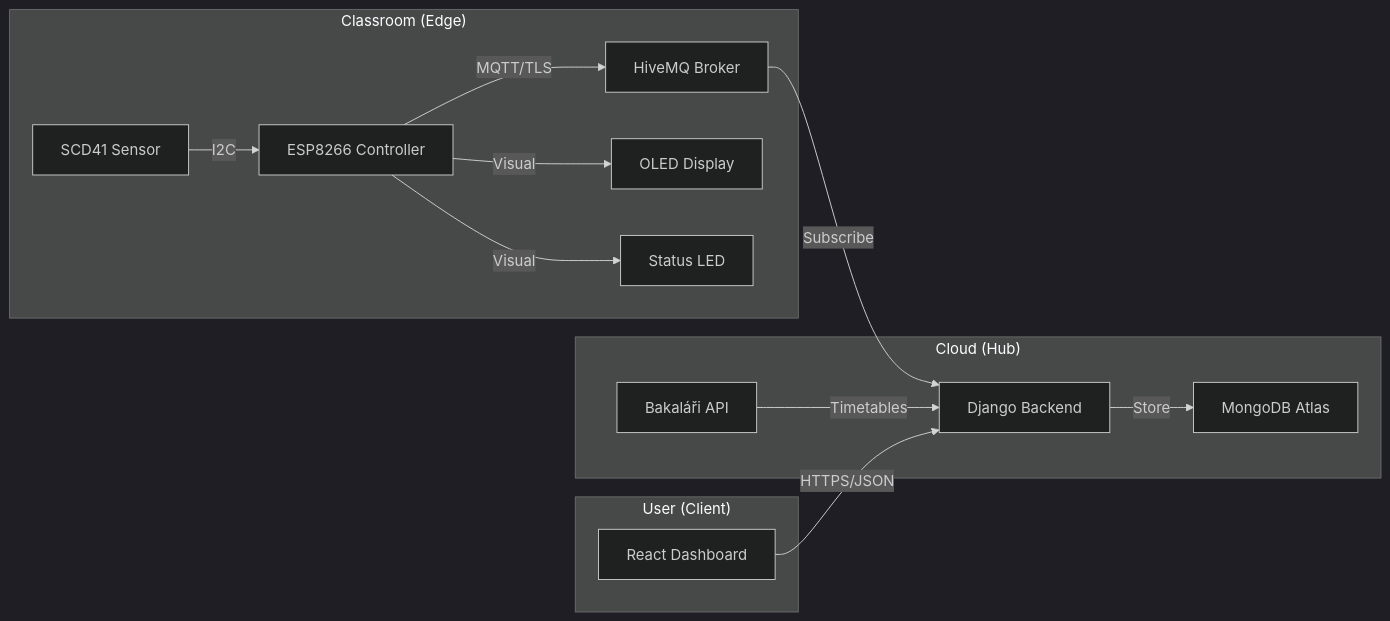
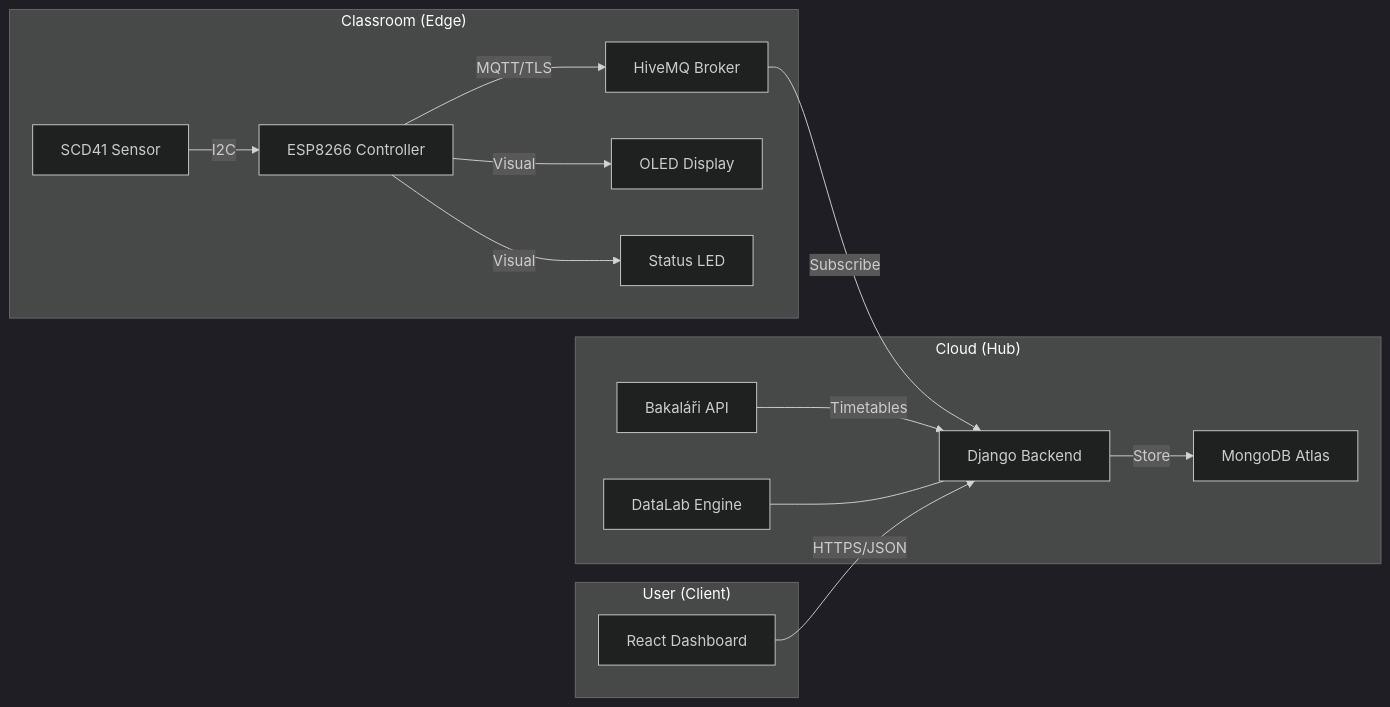
The diagram in documentation/01_OVERVIEW.md (matyaspopela/Cognitiv), drawn with Mermaid (dark theme) before and after one commit. The commit also changed other lines of this file and 38 other files, not shown here.

Commit message:
feat: introduce DataLab feature with comprehensive backend services, frontend components, and documentation.

````diff
--- a/documentation/01_OVERVIEW.md
+++ b/documentation/01_OVERVIEW.md
@@ -15,19 +16,20 @@
 ```mermaid
 graph LR
     subgraph "Classroom (Edge)"
         S[SCD41 Sensor] -->|I2C| ESP[ESP8266 Controller]
         ESP -->|MQTT/TLS| Broker[HiveMQ Broker]
         ESP -->|Visual| OLED[OLED Display]
         ESP -->|Visual| LED[Status LED]
     end
 
     subgraph "Cloud (Hub)"
         Broker -->|Subscribe| Django[Django Backend]
         Django -->|Store| Mongo[MongoDB Atlas]
         Bakalari[Bakaláři API] -->|Timetables| Django
+        DL[DataLab Engine] --- Django
     end
 
     subgraph "User (Client)"
         Browser[React Dashboard] -->|HTTPS/JSON| Django
     end
 ```
````
